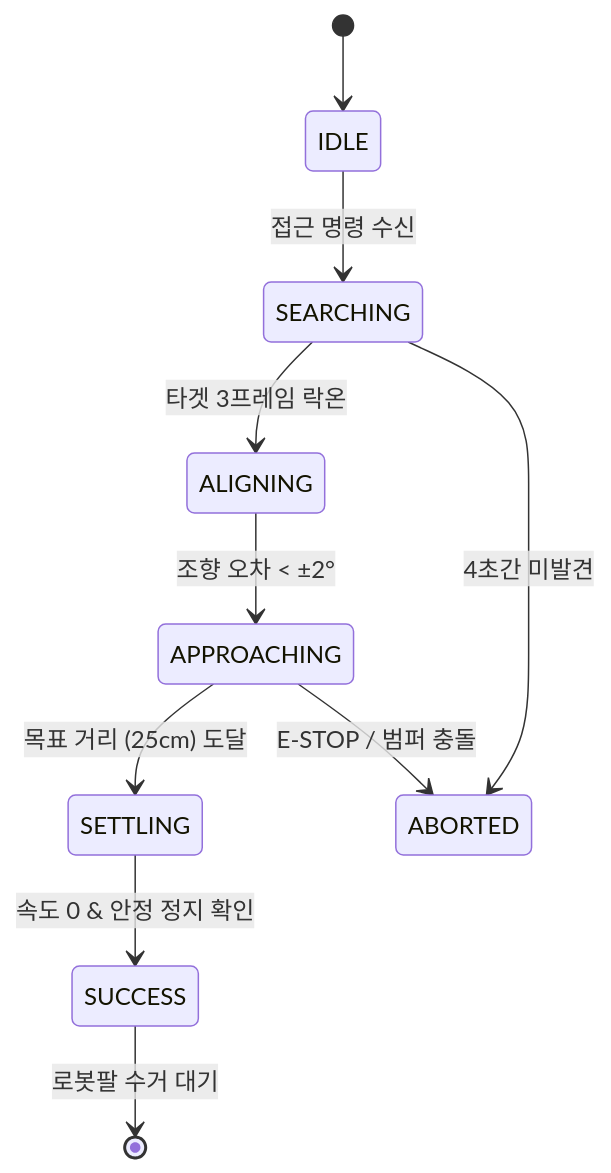
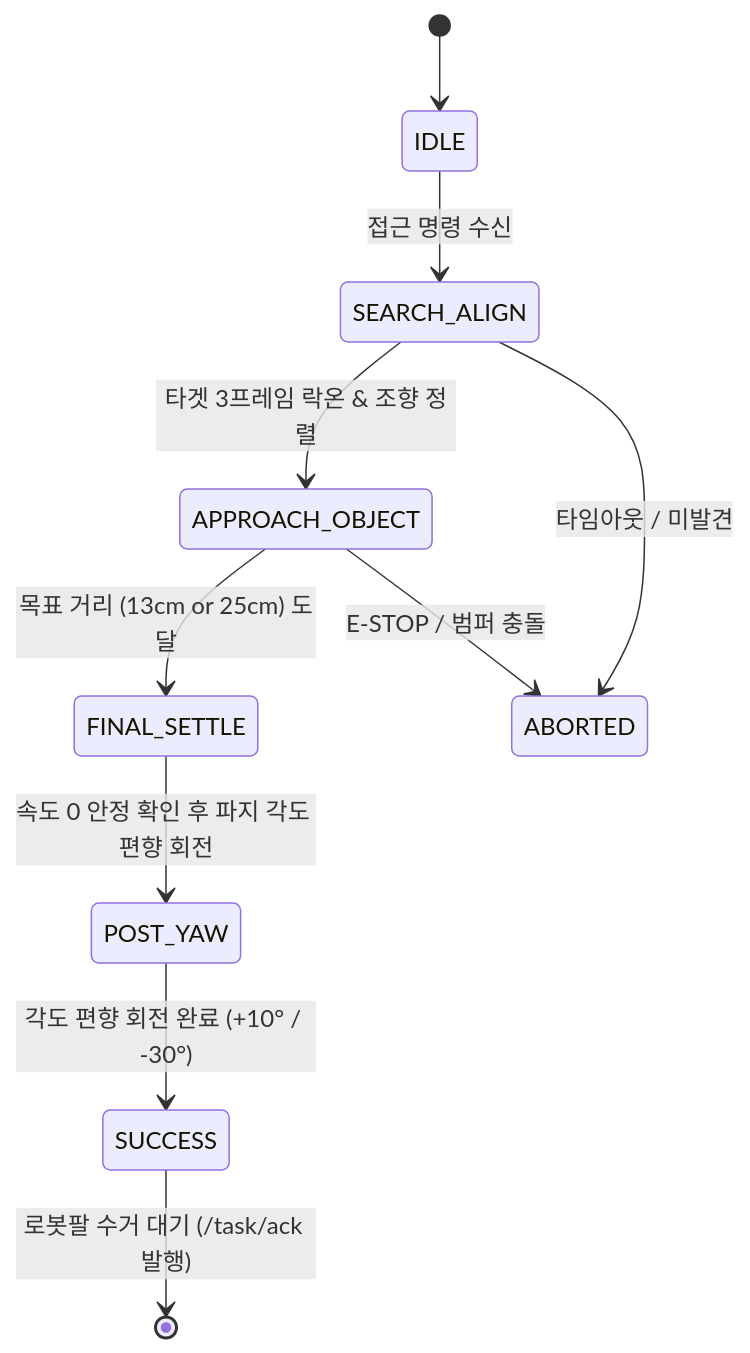
Before and after one commit to shouttt1320/Dapier_project_visaul_slam: the second of 2 diagrams in docs/floor_object_approach_system.md, drawn with Mermaid. The commit also changed other lines of this file and 7 other files, not shown here.

````diff
--- a/docs/floor_object_approach_system.md
+++ b/docs/floor_object_approach_system.md
@@ -110,13 +114,13 @@
 ```mermaid
 stateDiagram-v2
     [*] --> IDLE
-    IDLE --> SEARCHING: 접근 명령 수신
-    SEARCHING --> ALIGNING: 타겟 3프레임 락온
-    ALIGNING --> APPROACHING: 조향 오차 < ±2°
-    APPROACHING --> SETTLING: 목표 거리 (25cm) 도달
-    SETTLING --> SUCCESS: 속도 0 & 안정 정지 확인
-    SUCCESS --> [*]: 로봇팔 수거 대기
+    IDLE --> SEARCH_ALIGN: 접근 명령 수신
+    SEARCH_ALIGN --> APPROACH_OBJECT: 타겟 3프레임 락온 & 조향 정렬
+    APPROACH_OBJECT --> FINAL_SETTLE: 목표 거리 (13cm or 25cm) 도달
+    FINAL_SETTLE --> POST_YAW: 속도 0 안정 확인 후 파지 각도 편향 회전
+    POST_YAW --> SUCCESS: 각도 편향 회전 완료 (+10° / -30°)
+    SUCCESS --> [*]: 로봇팔 수거 대기 (/task/ack 발행)
 
-    SEARCHING --> ABORTED: 4초간 미발견
-    APPROACHING --> ABORTED: E-STOP / 범퍼 충돌
+    SEARCH_ALIGN --> ABORTED: 타임아웃 / 미발견
+    APPROACH_OBJECT --> ABORTED: E-STOP / 범퍼 충돌
 ```
````
